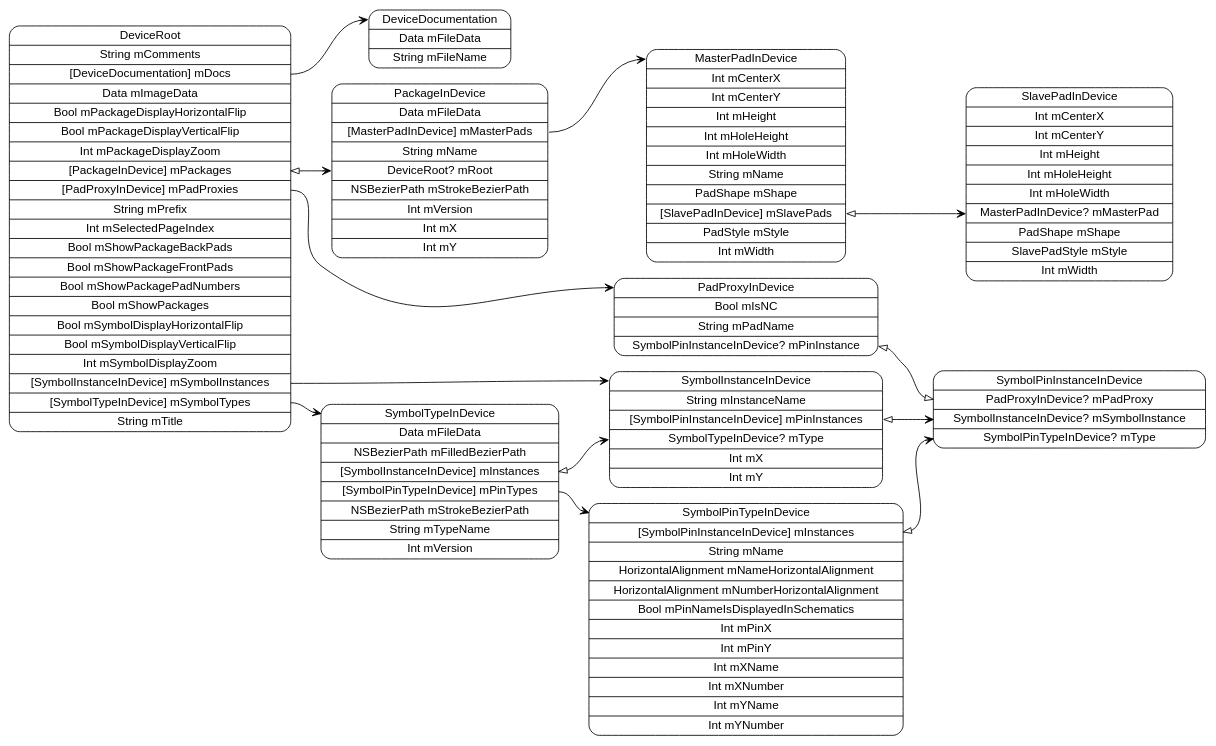
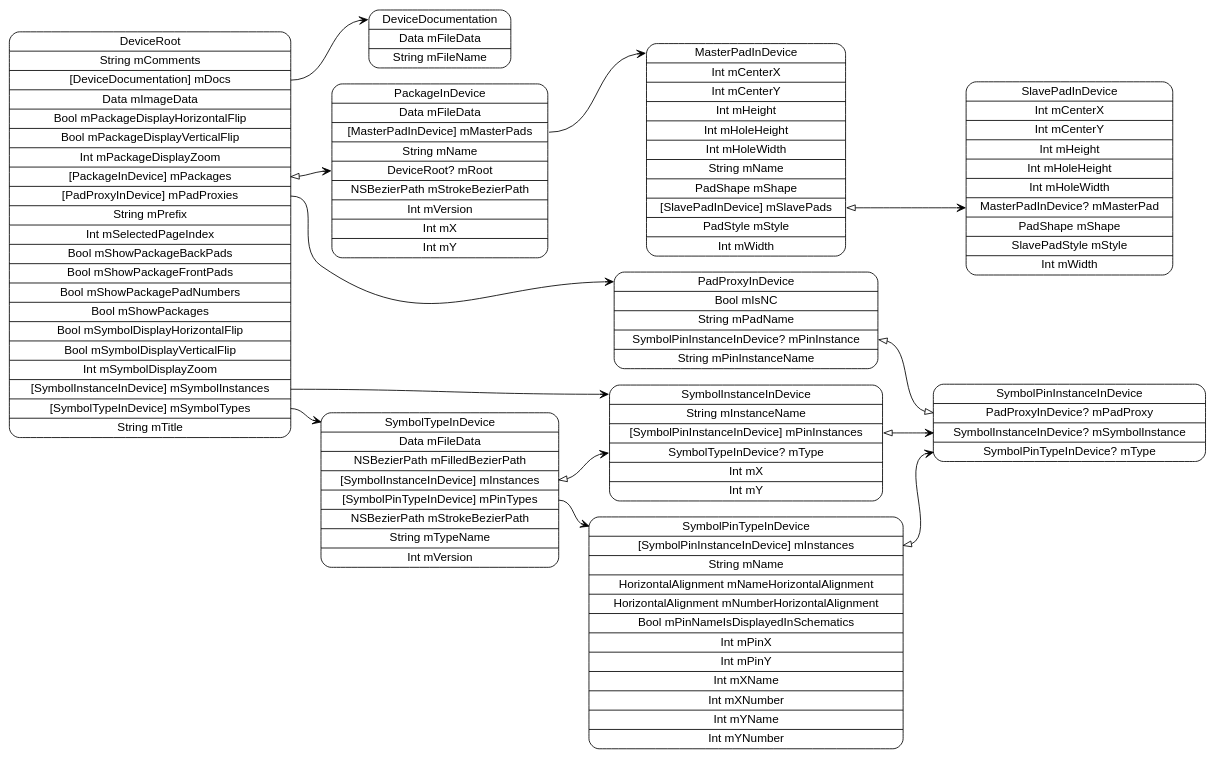
One commit to pierremolinaro/ElCanari-dev changed the diagram in models/DeviceRoot.dot. Above: the diagram before and after it, drawn with Graphviz. The commit also changed 16 other files, not shown here.

Commit message:
Ajout propriété mPinInstanceName à PadProxyInDevice

```diff
--- a/models/DeviceRoot.dot
+++ b/models/DeviceRoot.dot
@@ -1,26 +1,26 @@
 digraph G {
   rankdir=LR ;
   node [shape=record fontname=helvetica style=rounded] ;
   DeviceRoot[label="<DeviceRoot>DeviceRoot|String mComments|<mDocs>[DeviceDocumentation] mDocs|Data mImageData|Bool mPackageDisplayHorizontalFlip|Bool mPackageDisplayVerticalFlip|Int mPackageDisplayZoom|<mPackages>[PackageInDevice] mPackages|<mPadProxies>[PadProxyInDevice] mPadProxies|String mPrefix|Int mSelectedPageIndex|Bool mShowPackageBackPads|Bool mShowPackageFrontPads|Bool mShowPackagePadNumbers|Bool mShowPackages|Bool mSymbolDisplayHorizontalFlip|Bool mSymbolDisplayVerticalFlip|Int mSymbolDisplayZoom|<mSymbolInstances>[SymbolInstanceInDevice] mSymbolInstances|<mSymbolTypes>[SymbolTypeInDevice] mSymbolTypes|String mTitle"] ;
   SymbolTypeInDevice[label="<SymbolTypeInDevice>SymbolTypeInDevice|Data mFileData|NSBezierPath mFilledBezierPath|<mInstances>[SymbolInstanceInDevice] mInstances|<mPinTypes>[SymbolPinTypeInDevice] mPinTypes|NSBezierPath mStrokeBezierPath|String mTypeName|Int mVersion"] ;
   SymbolPinTypeInDevice[label="<SymbolPinTypeInDevice>SymbolPinTypeInDevice|<mInstances>[SymbolPinInstanceInDevice] mInstances|String mName|HorizontalAlignment mNameHorizontalAlignment|HorizontalAlignment mNumberHorizontalAlignment|Bool mPinNameIsDisplayedInSchematics|Int mPinX|Int mPinY|Int mXName|Int mXNumber|Int mYName|Int mYNumber"] ;
   SymbolPinInstanceInDevice[label="<SymbolPinInstanceInDevice>SymbolPinInstanceInDevice|<mPadProxy>PadProxyInDevice? mPadProxy|<mSymbolInstance>SymbolInstanceInDevice? mSymbolInstance|<mType>SymbolPinTypeInDevice? mType"] ;
   SymbolInstanceInDevice[label="<SymbolInstanceInDevice>SymbolInstanceInDevice|String mInstanceName|<mPinInstances>[SymbolPinInstanceInDevice] mPinInstances|<mType>SymbolTypeInDevice? mType|Int mX|Int mY"] ;
-  PadProxyInDevice[label="<PadProxyInDevice>PadProxyInDevice|Bool mIsNC|String mPadName|<mPinInstance>SymbolPinInstanceInDevice? mPinInstance"] ;
+  PadProxyInDevice[label="<PadProxyInDevice>PadProxyInDevice|Bool mIsNC|String mPadName|<mPinInstance>SymbolPinInstanceInDevice? mPinInstance|String mPinInstanceName"] ;
   PackageInDevice[label="<PackageInDevice>PackageInDevice|Data mFileData|<mMasterPads>[MasterPadInDevice] mMasterPads|String mName|<mRoot>DeviceRoot? mRoot|NSBezierPath mStrokeBezierPath|Int mVersion|Int mX|Int mY"] ;
   MasterPadInDevice[label="<MasterPadInDevice>MasterPadInDevice|Int mCenterX|Int mCenterY|Int mHeight|Int mHoleHeight|Int mHoleWidth|String mName|PadShape mShape|<mSlavePads>[SlavePadInDevice] mSlavePads|PadStyle mStyle|Int mWidth"] ;
   SlavePadInDevice[label="<SlavePadInDevice>SlavePadInDevice|Int mCenterX|Int mCenterY|Int mHeight|Int mHoleHeight|Int mHoleWidth|<mMasterPad>MasterPadInDevice? mMasterPad|PadShape mShape|SlavePadStyle mStyle|Int mWidth"] ;
   DeviceDocumentation[label="<DeviceDocumentation>DeviceDocumentation|Data mFileData|String mFileName"] ;
   DeviceRoot:mDocs -> DeviceDocumentation:DeviceDocumentation [dir=both arrowtail=none arrowhead=vee] ;
   DeviceRoot:mPackages -> PackageInDevice:mRoot [dir=both arrowtail=onormal arrowhead=vee] ;
   DeviceRoot:mPadProxies -> PadProxyInDevice:PadProxyInDevice [dir=both arrowtail=none arrowhead=vee] ;
   DeviceRoot:mSymbolInstances -> SymbolInstanceInDevice:SymbolInstanceInDevice [dir=both arrowtail=none arrowhead=vee] ;
   DeviceRoot:mSymbolTypes -> SymbolTypeInDevice:SymbolTypeInDevice [dir=both arrowtail=none arrowhead=vee] ;
   SymbolTypeInDevice:mInstances -> SymbolInstanceInDevice:mType [dir=both arrowtail=onormal arrowhead=vee] ;
   SymbolTypeInDevice:mPinTypes -> SymbolPinTypeInDevice:SymbolPinTypeInDevice [dir=both arrowtail=none arrowhead=vee] ;
   SymbolPinTypeInDevice:mInstances -> SymbolPinInstanceInDevice:mType [dir=both arrowtail=onormal arrowhead=vee] ;
   SymbolInstanceInDevice:mPinInstances -> SymbolPinInstanceInDevice:mSymbolInstance [dir=both arrowtail=onormal arrowhead=vee] ;
   PadProxyInDevice:mPinInstance -> SymbolPinInstanceInDevice:mPadProxy [dir=both arrowtail=onormal arrowhead=onormal] ;
   PackageInDevice:mMasterPads -> MasterPadInDevice:MasterPadInDevice [dir=both arrowtail=none arrowhead=vee] ;
   MasterPadInDevice:mSlavePads -> SlavePadInDevice:mMasterPad [dir=both arrowtail=onormal arrowhead=vee] ;
 }
```
